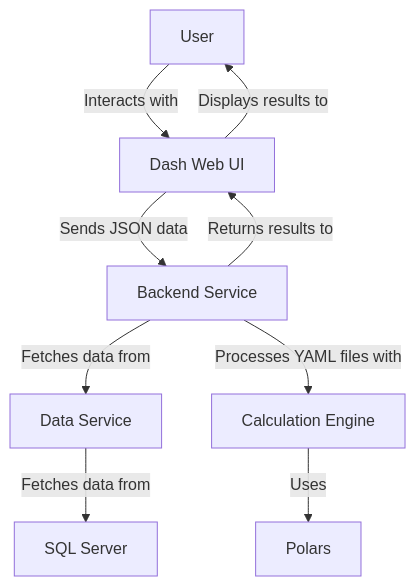
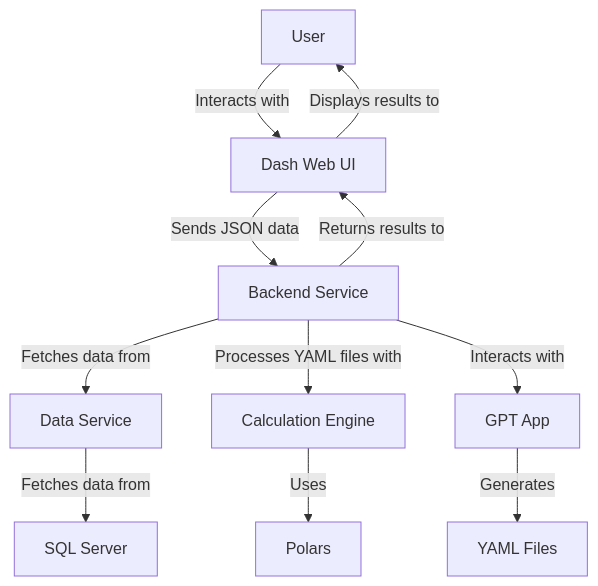
One commit to maxicusj/polarparrot changed the diagram in README.md. Above: the diagram before and after it, drawn with Mermaid. The commit also changed other lines of this file and 6 other files, not shown here.

````diff
--- a/README.md
+++ b/README.md
@@ -5,11 +5,13 @@
 ```mermaid
 graph TD
     A[User] -->|Interacts with| B[Dash Web UI]
     B -->|Sends JSON data| C[Backend Service]
     C -->|Fetches data from| G[Data Service]
     G -->|Fetches data from| D[SQL Server]
     C -->|Processes YAML files with| E[Calculation Engine]
     E -->|Uses| F[Polars]
+    C -->|Interacts with| H[GPT App]
+    H -->|Generates| I[YAML Files]
     C -->|Returns results to| B
     B -->|Displays results to| A
 ```
````
